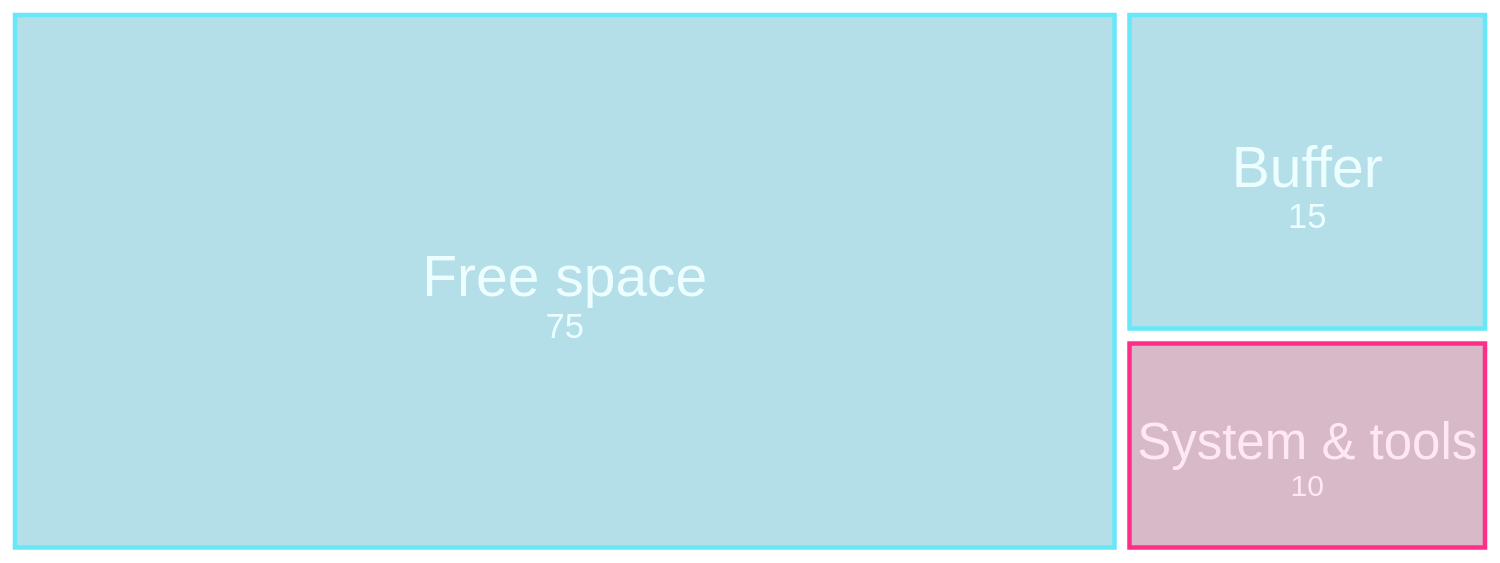
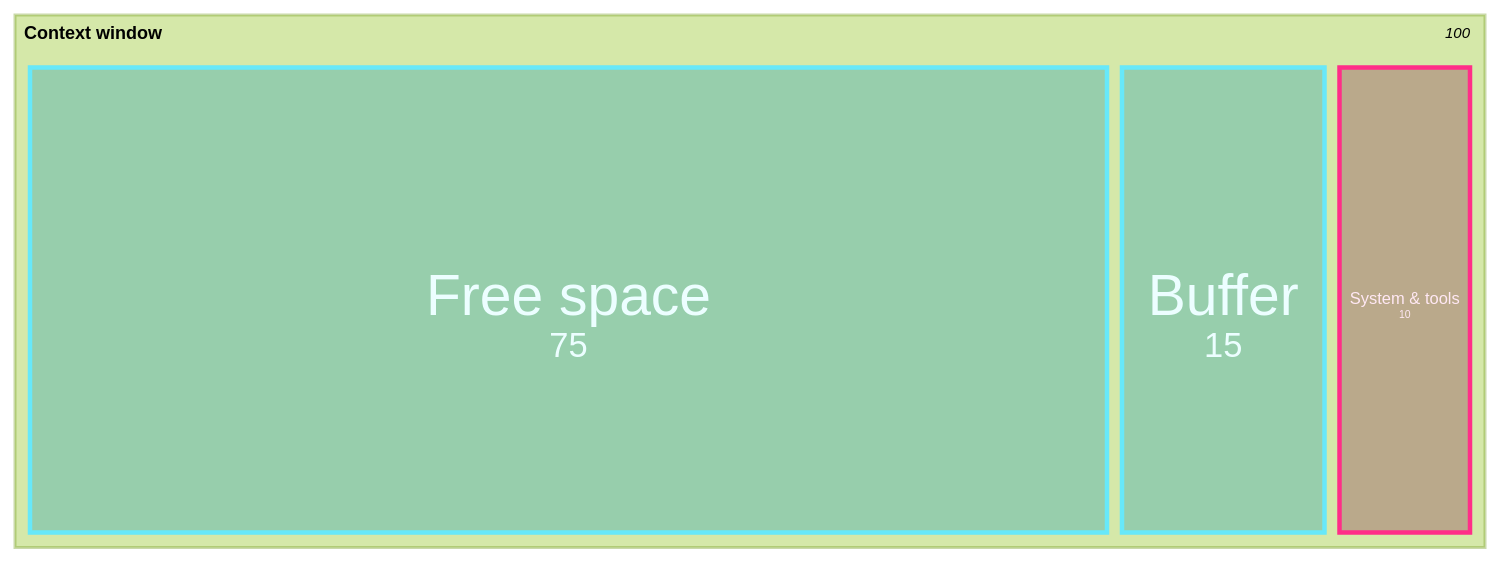
Before and after one commit to theomonfort/theomonfort: the second of 6 diagrams in src/content/glossary/context-engineering.md, drawn with Mermaid (forest theme). The commit also changed other lines of this file, not shown here.

Commit message:
Refine context evolution slides

````diff
--- a/src/content/glossary/context-engineering.md
+++ b/src/content/glossary/context-engineering.md
@@ -56,9 +56,9 @@
 ```mermaid
 treemap-beta
-  "Context window"
+"Context window"
   "System & tools": 10:::used
   "Free space": 75:::free
   "Buffer": 15:::free
 classDef used fill:#7a1748,stroke:#ff2e88,color:#ffe8f4
 classDef free fill:#0891b2,stroke:#67e8f9,color:#ecfeff
 ```
````
